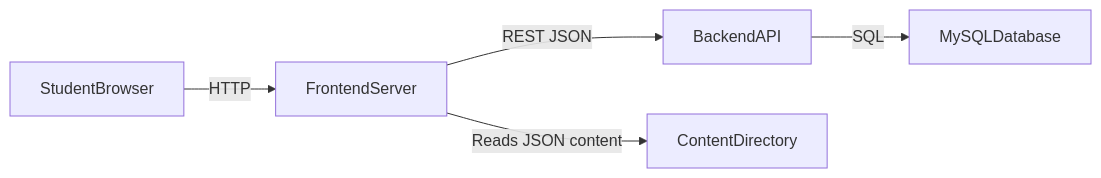
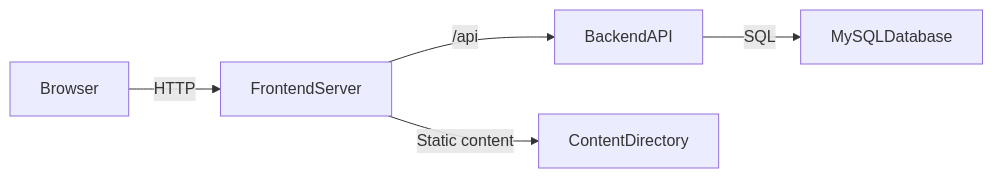
One commit to Vassili-REGNIER/matheopolis changed the diagram in docs/architecture.md. Above: the diagram before and after it, drawn with Mermaid. The commit also changed other lines of this file and 115 other files, not shown here.

````diff
--- a/docs/architecture.md
+++ b/docs/architecture.md
@@ -8,7 +10,7 @@
 ```mermaid
 flowchart LR
-  StudentBrowser -->|HTTP| FrontendServer
-  FrontendServer -->|REST JSON| BackendAPI
+  Browser -->|HTTP| FrontendServer
+  FrontendServer -->|/api| BackendAPI
   BackendAPI -->|SQL| MySQLDatabase
-  FrontendServer -->|Reads JSON content| ContentDirectory
+  FrontendServer -->|Static content| ContentDirectory
 ```
````
